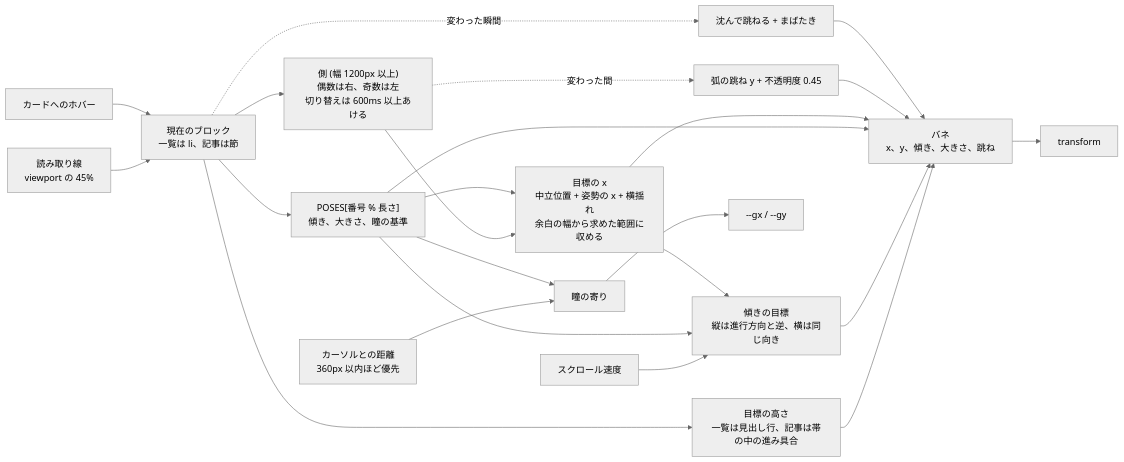
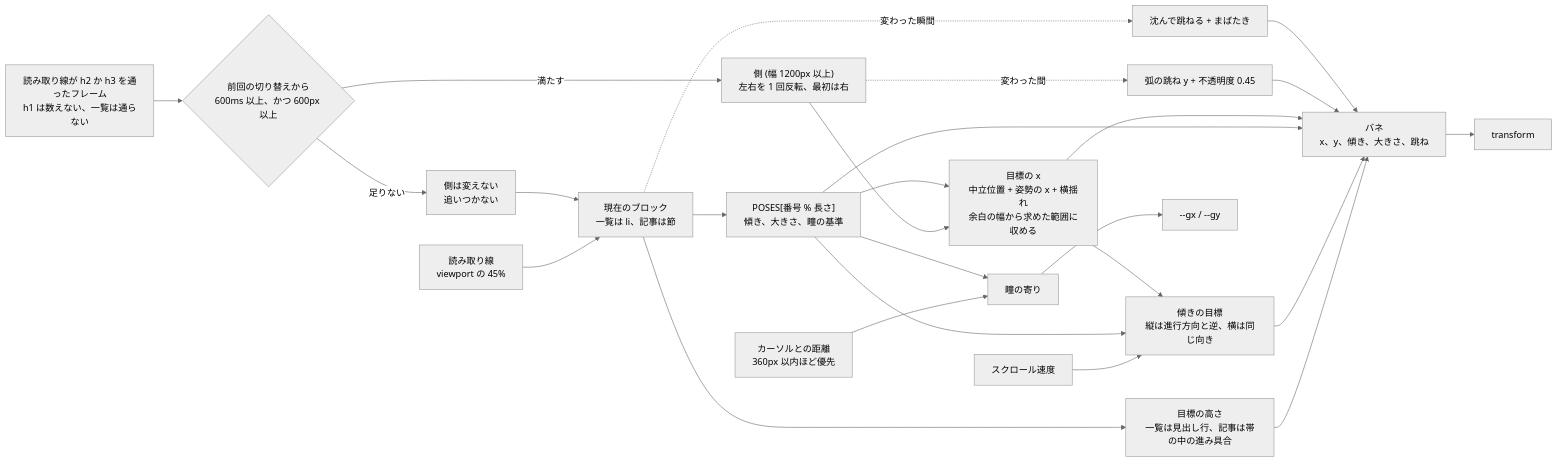
Before and after one commit to Asuforce/arki: the first of 2 diagrams in docs/architecture.md, drawn with Mermaid (neutral theme). The commit also changed other lines of this file and 3 other files, not shown here.

````diff
--- a/docs/architecture.md
+++ b/docs/architecture.md
@@ -62,25 +62,27 @@
 ```mermaid
 flowchart LR
   L["読み取り線<br/>viewport の 45%"] --> B["現在のブロック<br/>一覧は li、記事は節"]
   H["カードへのホバー"] --> B
   B --> P["POSES[番号 % 長さ]<br/>傾き、大きさ、瞳の基準"]
   B --> T["目標の高さ<br/>一覧は見出し行、記事は帯の中の進み具合"]
   V["スクロール速度"] --> R["傾きの目標<br/>縦は進行方向と逆、横は同じ向き"]
   P --> R
   T --> S["バネ<br/>x、y、傾き、大きさ、跳ね"]
   R --> S
   P --> S
-  B --> D["側 (幅 1200px 以上)<br/>偶数は右、奇数は左<br/>切り替えは 600ms 以上あける"]
+  N["読み取り線が h2 か h3 を通ったフレーム<br/>h1 は数えない、一覧は通らない"] --> K{"前回の切り替えから<br/>600ms 以上、かつ 600px 以上"}
+  K -- "満たす" --> D["側 (幅 1200px 以上)<br/>左右を 1 回反転、最初は右"]
+  K -- "足りない" --> H["側は変えない<br/>追いつかない"]
   D --> X["目標の x<br/>中立位置 + 姿勢の x + 横揺れ<br/>余白の幅から求めた範囲に収める"]
   P --> X
   X --> S
   X --> R
   D -. "変わった間" .-> O["弧の跳ね y + 不透明度 0.45"]
   O --> S
   B -. "変わった瞬間" .-> J["沈んで跳ねる + まばたき"]
   J --> S
   C["カーソルとの距離<br/>360px 以内ほど優先"] --> G["瞳の寄り"]
   P --> G
   S --> E["transform"]
   G --> Q["--gx / --gy"]
 ```
````
